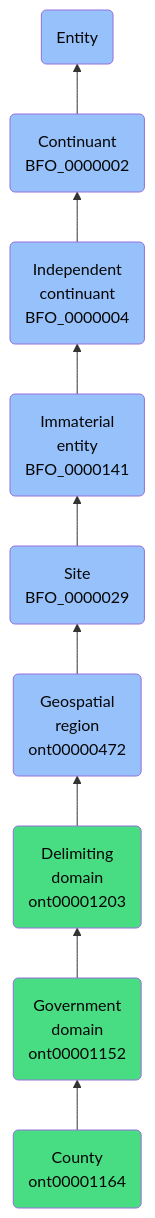
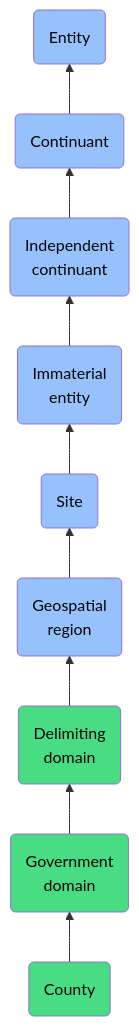
Before and after one commit to jupyter-naas/abi: the diagram in docs/ontology/reference/model/Entity/Continuant/Independent continuant/Immaterial entity/Site/Geospatial region/Delimiting domain/Government domain/County/County.md, drawn with Mermaid. The commit also changed other lines of this file and 1430 other files, not shown here.

````diff
--- a/docs/ontology/reference/model/Entity/Continuant/Independent continuant/Immaterial entity/Site/Geospatial region/Delimiting domain/Government domain/County/County.md
+++ b/docs/ontology/reference/model/Entity/Continuant/Independent continuant/Immaterial entity/Site/Geospatial region/Delimiting domain/Government domain/County/County.md
@@ -24,16 +24,16 @@
 ```mermaid
 graph BT
-    ont00001164(County<br>ont00001164):::ABI-->ont00001152
-    ont00001152(Government<br>domain<br>ont00001152):::ABI-->ont00001203
-    ont00001203(Delimiting<br>domain<br>ont00001203):::ABI-->ont00000472
-    ont00000472(Geospatial<br>region<br>ont00000472):::BFO-->BFO_0000029
-    BFO_0000029(Site<br>BFO_0000029):::BFO-->BFO_0000141
-    BFO_0000141(Immaterial<br>entity<br>BFO_0000141):::BFO-->BFO_0000004
-    BFO_0000004(Independent<br>continuant<br>BFO_0000004):::BFO-->BFO_0000002
-    BFO_0000002(Continuant<br>BFO_0000002):::BFO-->BFO_0000001
+    ont00001164(County):::ABI-->ont00001152
+    ont00001152(Government<br>domain):::ABI-->ont00001203
+    ont00001203(Delimiting<br>domain):::ABI-->ont00000472
+    ont00000472(Geospatial<br>region):::BFO-->BFO_0000029
+    BFO_0000029(Site):::BFO-->BFO_0000141
+    BFO_0000141(Immaterial<br>entity):::BFO-->BFO_0000004
+    BFO_0000004(Independent<br>continuant):::BFO-->BFO_0000002
+    BFO_0000002(Continuant):::BFO-->BFO_0000001
     BFO_0000001(Entity):::BFO
     
     classDef BFO fill:#97c1fb,color:#060606
     classDef CCO fill:#e4c51e,color:#060606
     classDef ABI fill:#48DD82,color:#060606
 ```
````
